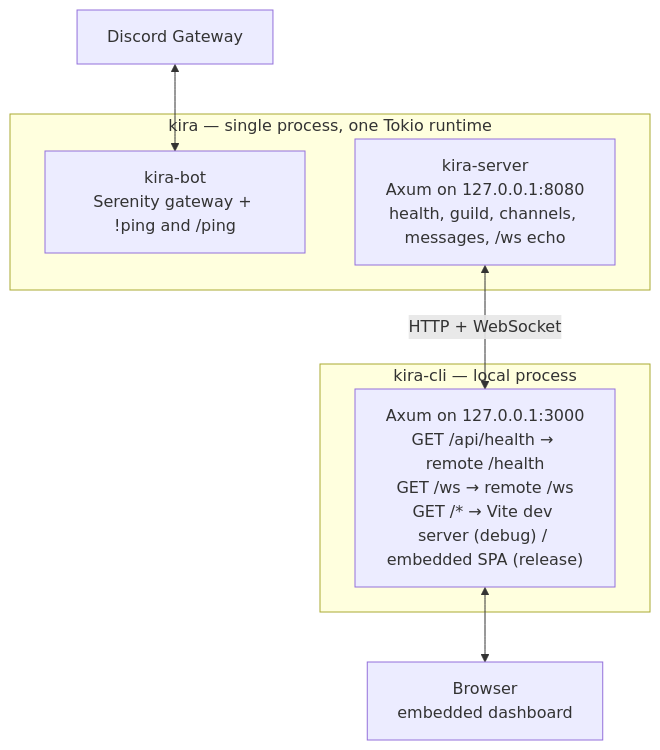
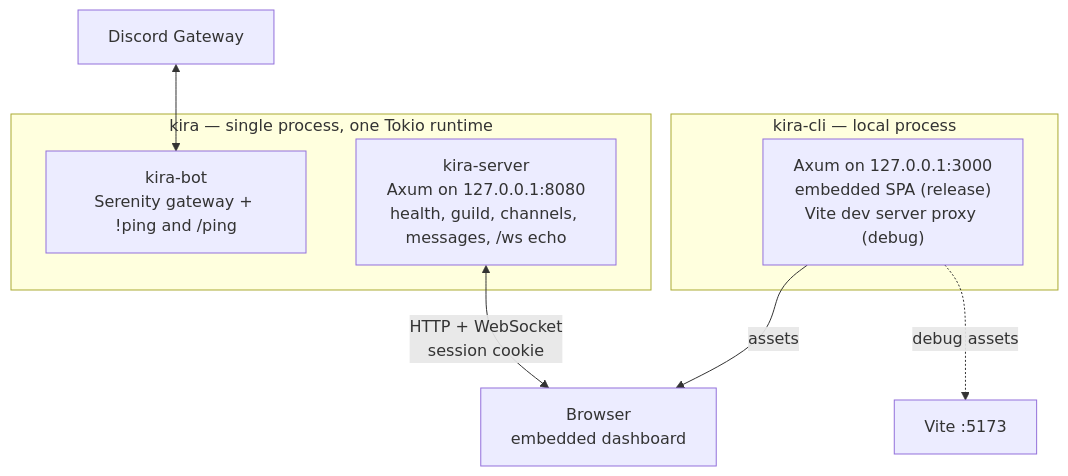
One commit to merzen-sh/kira changed the first of 2 diagrams in docs/ARCHITECTURE.md. Above: the diagram before and after it, drawn with Mermaid. The commit also changed other lines of this file and 49 other files, not shown here.

First line of the commit message:
refactor: SPA-only CLI and stateless PIN auth (#18)

````diff
--- a/docs/ARCHITECTURE.md
+++ b/docs/ARCHITECTURE.md
@@ -23,19 +23,20 @@
 ```mermaid
 flowchart TB
     GW["Discord Gateway"]
 
     subgraph KIRA["kira — single process, one Tokio runtime"]
         BOT["kira-bot<br/>Serenity gateway + !ping and /ping"]
         SERVER["kira-server<br/>Axum on 127.0.0.1:8080<br/>health, guild, channels, messages, /ws echo"]
     end
 
     subgraph LOCAL["kira-cli — local process"]
-        CLI["Axum on 127.0.0.1:3000<br/>GET /api/health → remote /health<br/>GET /ws → remote /ws<br/>GET /* → Vite dev server (debug) / embedded SPA (release)"]
+        CLI["Axum on 127.0.0.1:3000<br/>embedded SPA (release)<br/>Vite dev server proxy (debug)"]
     end
 
     BROWSER["Browser<br/>embedded dashboard"]
 
     GW <--> BOT
-    SERVER <-->|"HTTP + WebSocket"| CLI
-    CLI <--> BROWSER
+    SERVER <-->|"HTTP + WebSocket<br/>session cookie"| BROWSER
+    CLI -->|"assets"| BROWSER
+    CLI -.->|"debug assets"| VITE["Vite :5173"]
 ```
````
